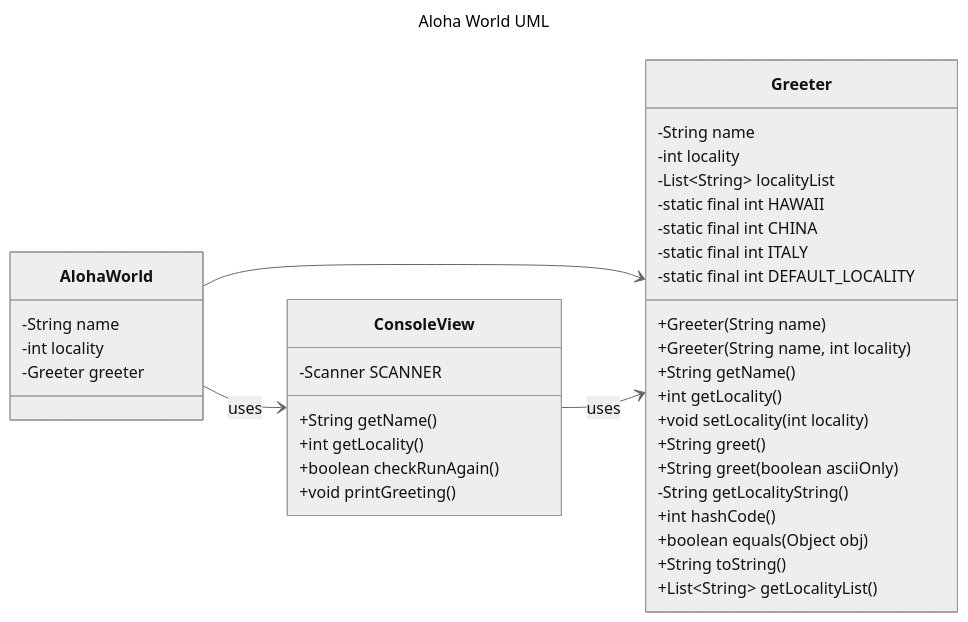
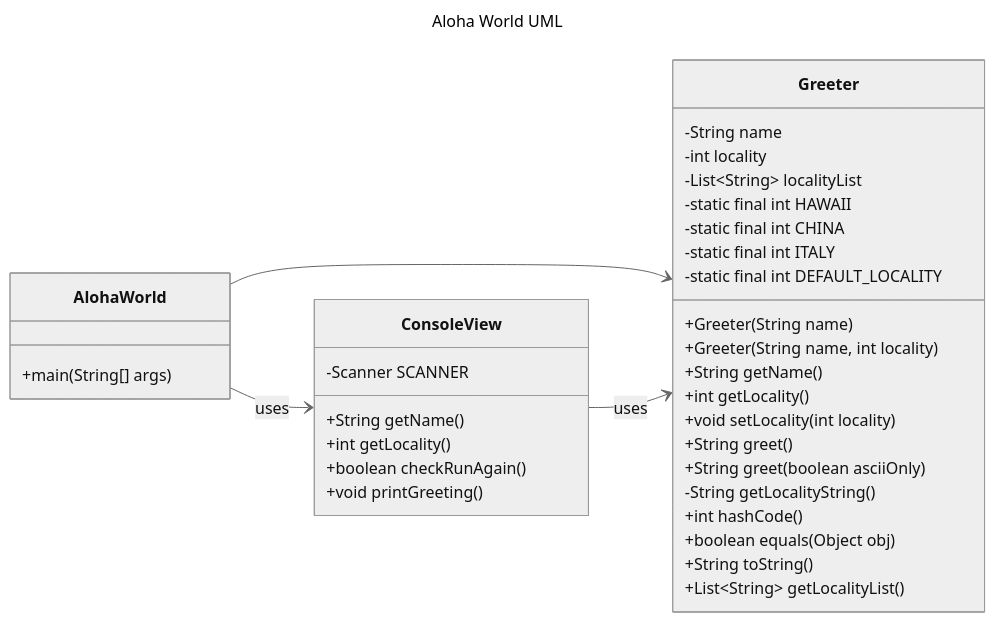
The diagram in Report.md (5004-SEA-Fa24-Geeng/hello-world-derekmarion), drawn with Mermaid (neutral theme) before and after one commit. The commit also changed 1 other file, not shown here.

Commit message:
docs: update UML diagram for accuracy

````diff
--- a/Report.md
+++ b/Report.md
@@ -10,43 +10,41 @@
 ```mermaid
 ---
 title: Aloha World UML
 ---
 classDiagram
     direction LR
     AlohaWorld --> Greeter
     AlohaWorld --> ConsoleView : uses
     ConsoleView --> Greeter: uses
     class AlohaWorld {
-        -String name
-        -int locality
-        -Greeter greeter
+       +main(String[] args)
     }
     class Greeter {
         -String name
         -int locality
         -List~String~ localityList
         -static final int HAWAII
         -static final int CHINA
         -static final int ITALY
         -static final int DEFAULT_LOCALITY
         +Greeter(String name)
         +Greeter(String name, int locality)
         +String getName()
         +int getLocality()
         +void setLocality(int locality)
         +String greet()
         +String greet(boolean asciiOnly)
         -String getLocalityString()
         +int hashCode()
         +boolean equals(Object obj)
         +String toString()
         +List~String~ getLocalityList() 
     } 
     class ConsoleView {
         -Scanner SCANNER
         +String getName()
         +int getLocality()
         +boolean checkRunAgain()
         +void printGreeting()
     }
 ```
````
